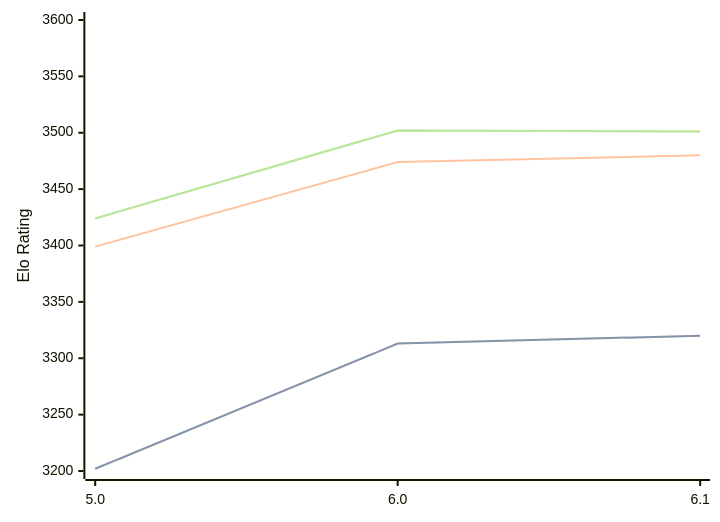
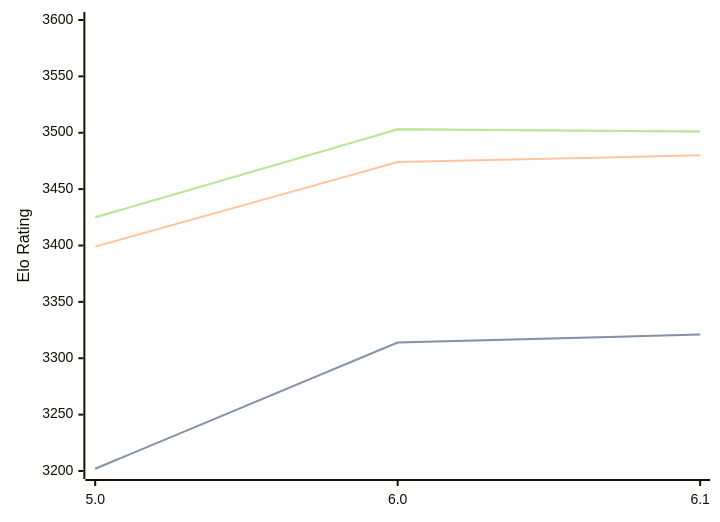
One commit to computer-chess-index/cci changed the first of 3 diagrams in engines/Starzix.md. Above: the diagram before and after it, drawn with Mermaid. The commit also changed other lines of this file, not shown here.

Commit message:
Update CCI Ratings (ELO VLTC) - 2026-07-14

````diff
--- a/engines/Starzix.md
+++ b/engines/Starzix.md
@@ -37,11 +37,11 @@
 ```mermaid
 %%{init: {"theme":"base","themeVariables":{"seriesColors:['#a3a3a3','#222221','#faa371']}}}%%
 xychart-beta
   x-axis ["5.0", "6.0", "6.1"]
   y-axis "Elo Rating" 3200 --> 3600
-  line "STC (8.0+0.08s)" [3202, 3313, 3320]
-  line "STC (8.0+0.08s)" [3202, 3313, 3320]
+  line "STC (8.0+0.08s)" [3202, 3314, 3321]
+  line "STC (8.0+0.08s)" [3202, 3314, 3321]
   line "LTC (60.0+0.60s)" [3399, 3474, 3480]
-  line "VLTC (2m24s+1.12s)" [3424, 3502, 3501]
-  line "VLTC (2m24s+1.12s)" [3424, 3502, 3501]
+  line "VLTC (2m24s+1.12s)" [3425, 3503, 3501]
+  line "VLTC (2m24s+1.12s)" [3425, 3503, 3501]
 ```
````
